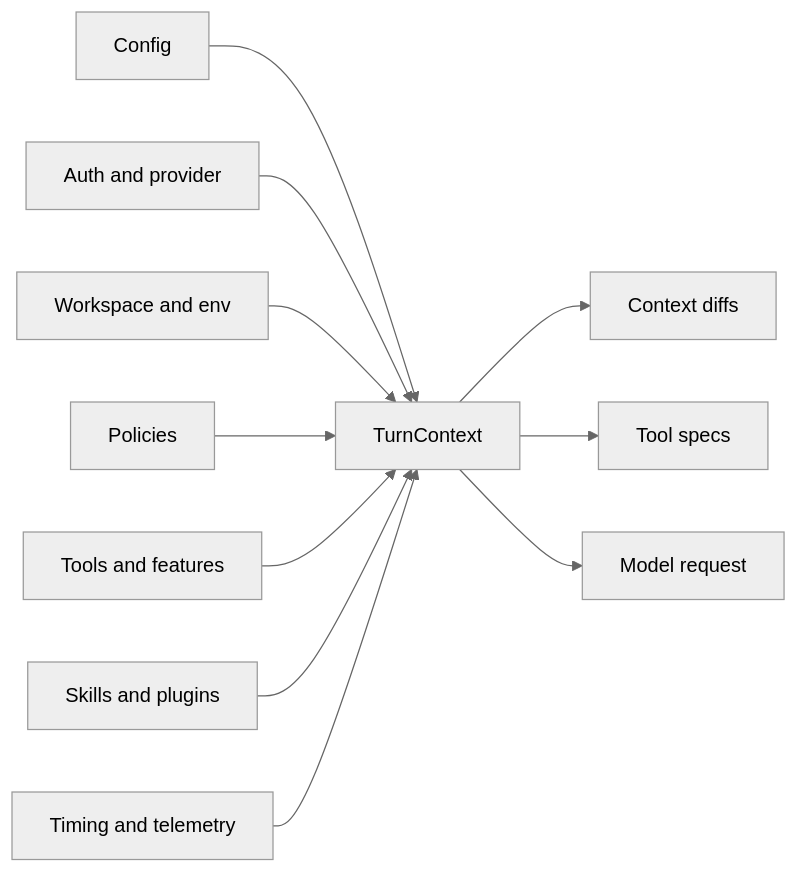
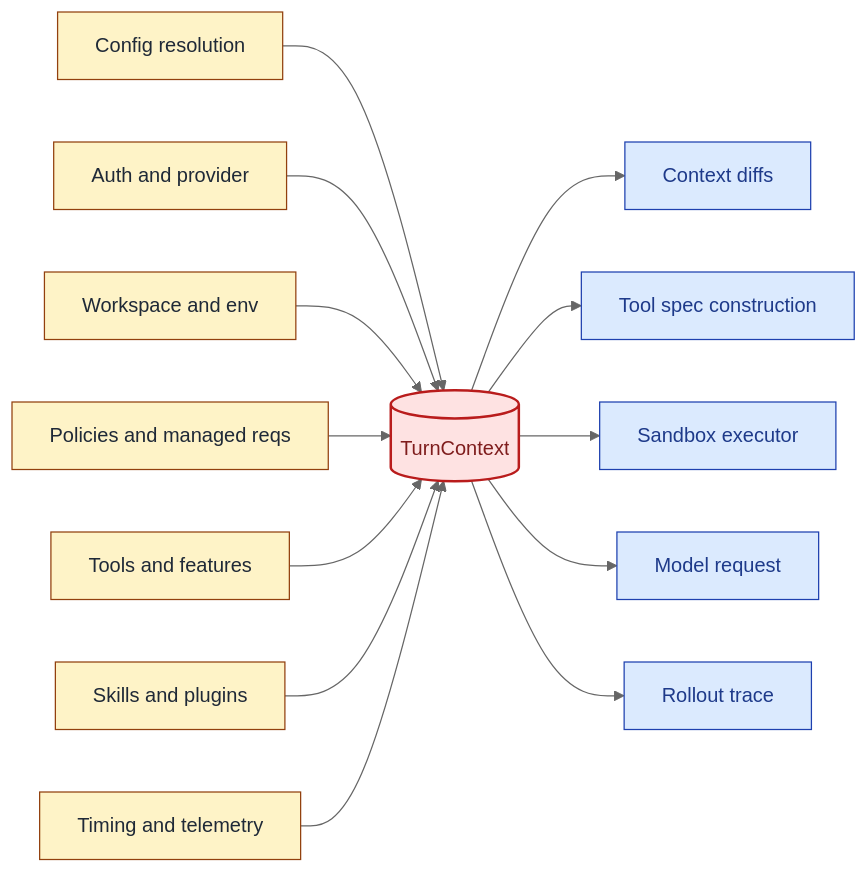
The first of 2 diagrams in docs/codex-context-management/chapter-02.md (WineChord/books), drawn with Mermaid (neutral theme) before and after one commit. The commit also changed other lines of this file and 21 other files, not shown here.

````diff
--- a/docs/codex-context-management/chapter-02.md
+++ b/docs/codex-context-management/chapter-02.md
@@ -41,13 +65,21 @@
 ```mermaid
-graph LR
-  A[Config] --> T[TurnContext]
+flowchart LR
+  A[Config resolution] --> T[(TurnContext)]
   B[Auth and provider] --> T
   C[Workspace and env] --> T
-  D[Policies] --> T
+  D[Policies and managed reqs] --> T
   E[Tools and features] --> T
   F[Skills and plugins] --> T
   G[Timing and telemetry] --> T
   T --> H[Context diffs]
-  T --> I[Tool specs]
-  T --> J[Model request]
+  T --> I[Tool spec construction]
+  T --> J[Sandbox executor]
+  T --> K[Model request]
+  T --> L[Rollout trace]
+  classDef inputs fill:#fef3c7,stroke:#92400e,color:#1f2937;
+  classDef envelope fill:#fee2e2,stroke:#b91c1c,color:#7f1d1d,stroke-width:2px;
+  classDef consumers fill:#dbeafe,stroke:#1e40af,color:#1e3a8a;
+  class A,B,C,D,E,F,G inputs;
+  class T envelope;
+  class H,I,J,K,L consumers;
 ```
````
